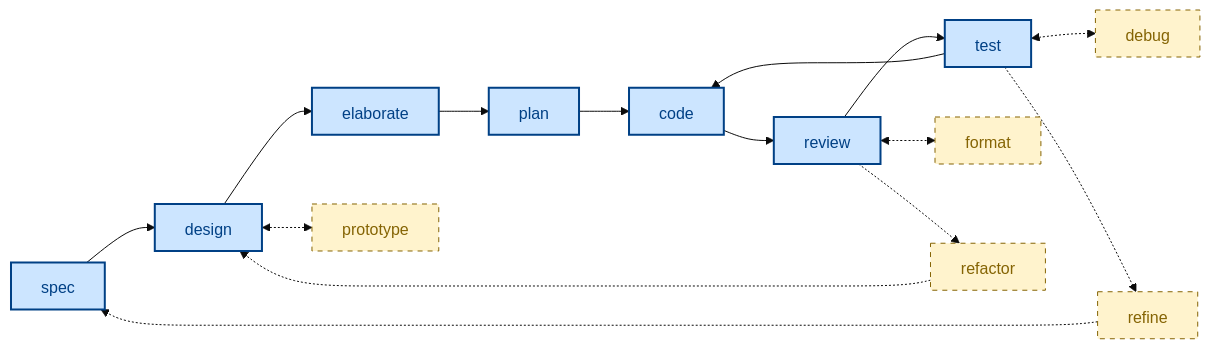
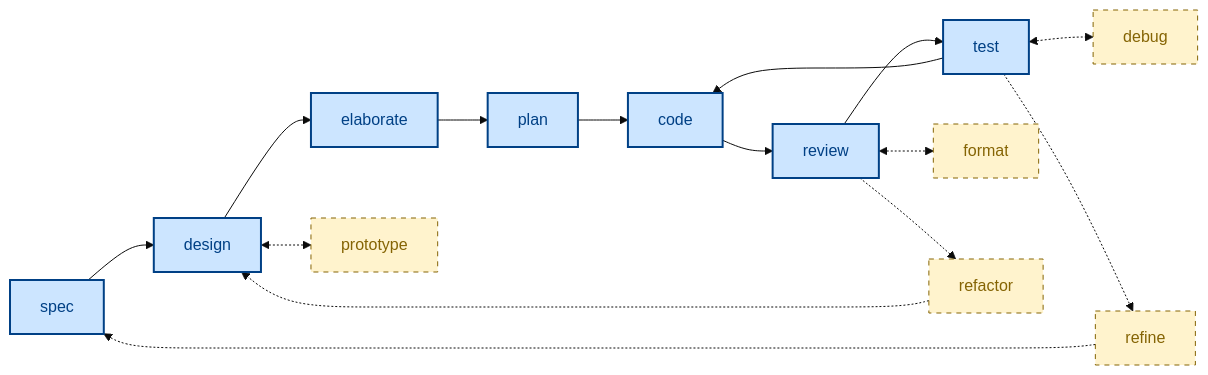
The first of 2 diagrams in README.md (kieranpotts/skills), drawn with Mermaid (base theme) before and after one commit. The commit also changed other lines of this file, not shown here.

Commit message:
chore: small readme edits

````diff
--- a/README.md
+++ b/README.md
@@ -33,30 +33,26 @@
 ```mermaid
----
-config:
-  htmlLabels: false
----
 flowchart LR
   %% Main workflow sequence.
   spec:::main --> design
   design:::main --> elaborate
   elaborate:::main --> plan
   plan:::main --> code
   code:::main --> review
   review:::main --> test
   test:::main --> code
 
   %% Small iterative cycles.
   design <-.-> prototype:::secondary
   review <-.-> format:::secondary
   test <-.-> debug:::secondary
 
   %% Big feedback loops.
   review -.-> refactor:::secondary
   refactor -.-> design
   test -.-> refine:::secondary
   refine -.-> spec
 
   %% Class definitions.
   classDef main fill:#cce5ff,stroke:#004085,color:#004085,stroke-width:2px
   classDef secondary fill:#fff3cd,stroke:#856404,color:#856404,stroke-width:1px,stroke-dasharray:5 5
 ```
````
